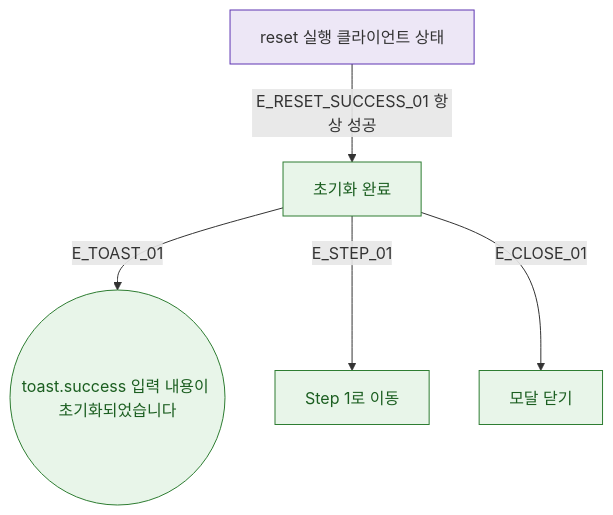
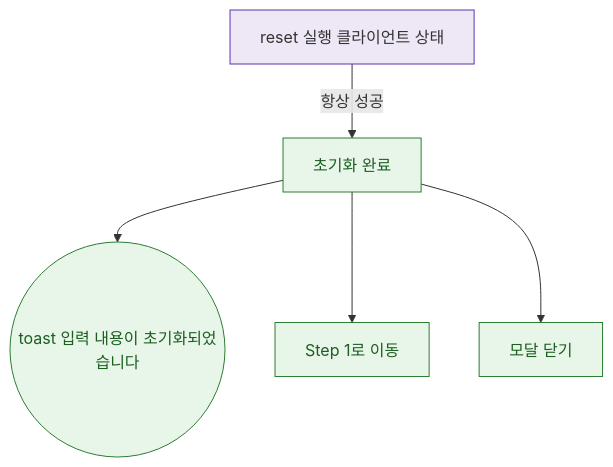
Before and after one commit to dev-spogym/admin-pando: the diagram in docs/다이어그램/D02_회원관리/DLG/DLG-M008_초기화확인/M3_결과분기.md, drawn with Mermaid. The commit also changed other lines of this file and 1660 other files, not shown here.

First line of the commit message:
다이어그램: 기획자/클라이언트 납품본으로 정리

````diff
--- a/docs/다이어그램/D02_회원관리/DLG/DLG-M008_초기화확인/M3_결과분기.md
+++ b/docs/다이어그램/D02_회원관리/DLG/DLG-M008_초기화확인/M3_결과분기.md
@@ -22,16 +20,16 @@
 ```mermaid
 flowchart TD
   RESET[reset 실행 클라이언트 상태]
 
-  RESET -->|E_RESET_SUCCESS_01 항상 성공| SUCCESS[초기화 완료]
+  RESET -->|항상 성공|SUCCESS[초기화 완료]
 
-  SUCCESS -->|E_TOAST_01| TOAST_OK((toast.success 입력 내용이 초기화되었습니다))
-  SUCCESS -->|E_STEP_01| STEP1[Step 1로 이동]
-  SUCCESS -->|E_CLOSE_01| CLOSE[모달 닫기]
+  SUCCESS --> TOAST_OK((toast 입력 내용이 초기화되었습니다))
+  SUCCESS --> STEP1[Step 1로 이동]
+  SUCCESS --> CLOSE[모달 닫기]
 
   classDef success fill:#E8F5E9,stroke:#2E7D32,color:#1B5E20
-  classDef system  fill:#EDE7F6,stroke:#5E35B2
+  classDef system fill:#EDE7F6,stroke:#5E35B2
 
   class SUCCESS,TOAST_OK,STEP1,CLOSE success
   class RESET system
 ```
````
